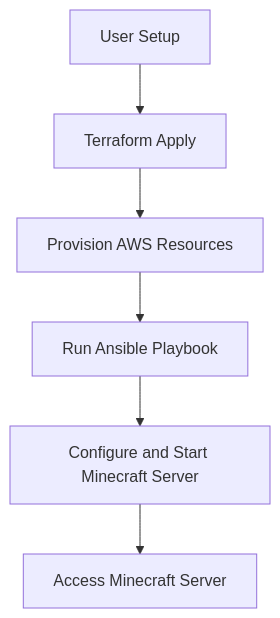
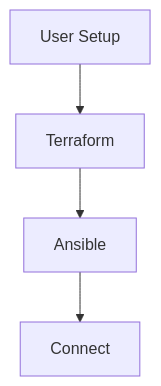
Before and after one commit to Jcoob33/312_Final: the diagram in README.md, drawn with Mermaid.

````diff
--- a/README.md
+++ b/README.md
@@ -37,8 +37,6 @@
 ```mermaid
 graph TD;
-    A[User Setup] --> B[Terraform Apply]
-    B --> C[Provision AWS Resources]
-    C --> D[Run Ansible Playbook]
-    D --> E[Configure and Start Minecraft Server]
-    E --> F[Access Minecraft Server]
+    A[User Setup] --> B[Terraform]
+    B --> C[Ansible]
+    C --> D[Connect]
 ```
````
